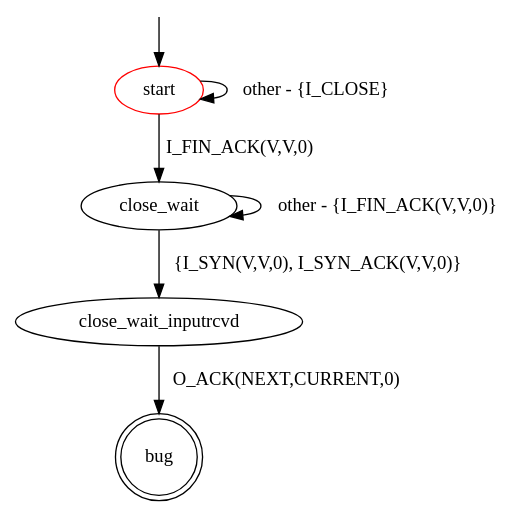
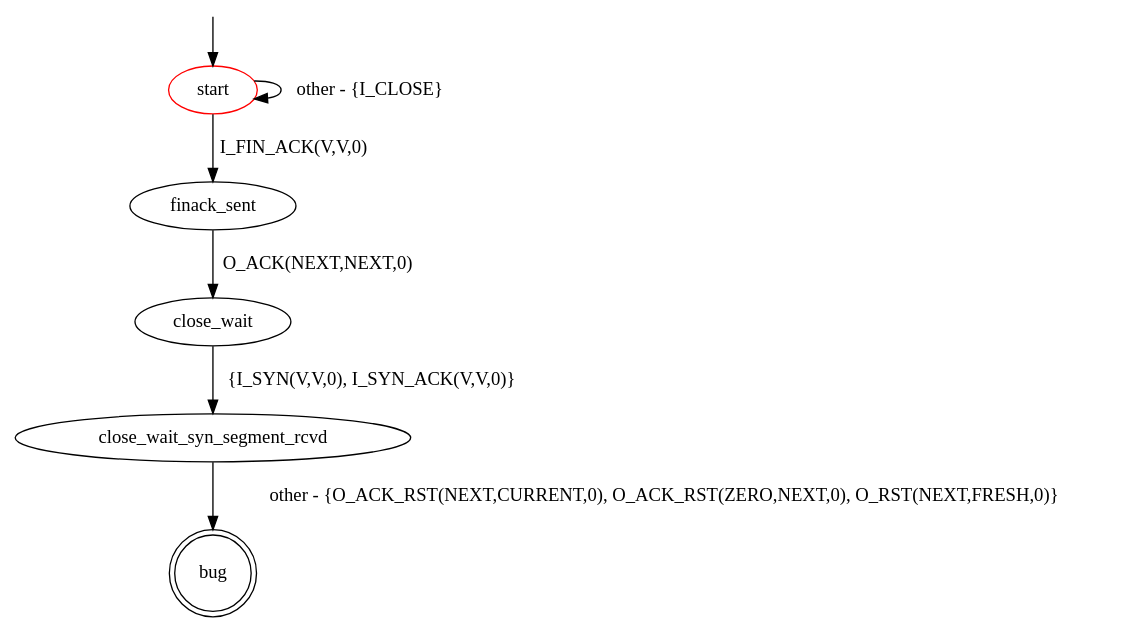
Before and after one commit to assist-project/state-machine-bug-finder: the diagram in src/main/resources/patterns/tcp/client/invalid_response_to_syn_segment_close_wait.dot, drawn with Graphviz.

Commit message:
Improve CLOSE_WAIT version of invalid response bug pattern.

```diff
--- a/src/main/resources/patterns/tcp/client/invalid_response_to_syn_segment_close_wait.dot
+++ b/src/main/resources/patterns/tcp/client/invalid_response_to_syn_segment_close_wait.dot
@@ -1,14 +1,16 @@
 digraph G {
 label=""
 start [color="red"]
 bug [shape="doublecircle"]
 
 start -> start [label="other - {I_CLOSE}"]
-start -> close_wait [label="I_FIN_ACK(V,V,0)"]
-close_wait -> close_wait [label="other - {I_FIN_ACK(V,V,0)}"]
-close_wait -> close_wait_inputrcvd [label="{I_SYN(V,V,0), I_SYN_ACK(V,V,0)}"]
-close_wait_inputrcvd -> bug [label="O_ACK(NEXT,CURRENT,0)"]
+start -> finack_sent [label="I_FIN_ACK(V,V,0)"]
+
+finack_sent -> close_wait [label="O_ACK(NEXT,NEXT,0)"]
+
+close_wait -> close_wait_syn_segment_rcvd [label="{I_SYN(V,V,0), I_SYN_ACK(V,V,0)}"]
+close_wait_syn_segment_rcvd -> bug [label = "other - {O_ACK_RST(NEXT,CURRENT,0), O_ACK_RST(ZERO,NEXT,0), O_RST(NEXT,FRESH,0)}"]
 
 __start0 [label="" shape="none" width="0" height="0"];
 __start0 -> start;
 }
```
